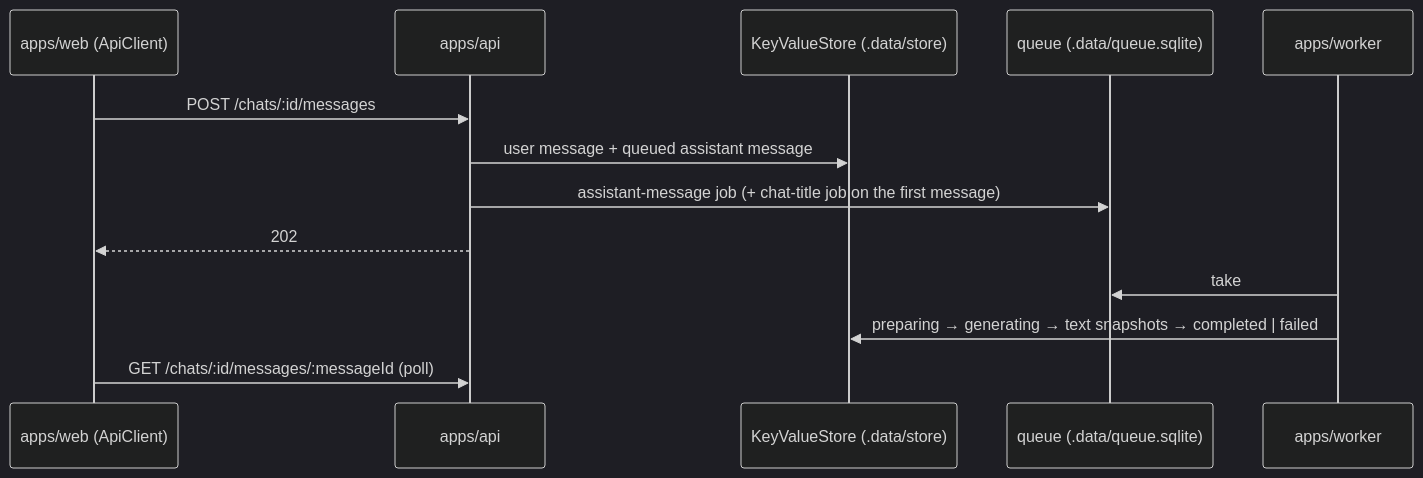
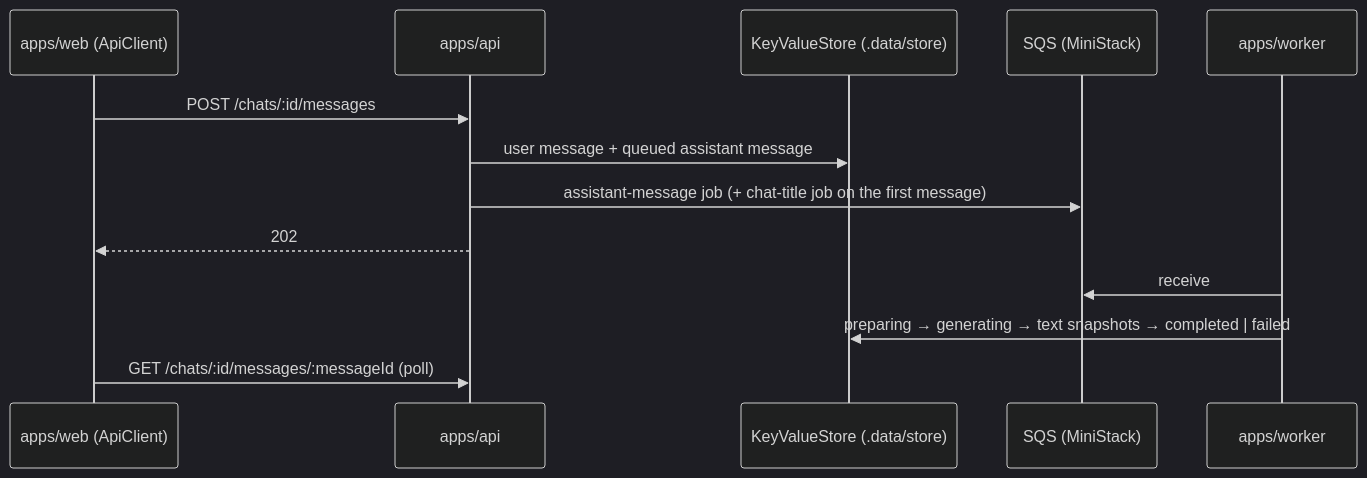
One commit to khotei/app-template changed the diagram in README.md. Above: the diagram before and after it, drawn with Mermaid (dark theme). The commit also changed other lines of this file and 103 other files, not shown here.

First line of the commit message:
:sparkles: feat(aws-local): Attachments in S3 and jobs on SQS via MiniStack

````diff
--- a/README.md
+++ b/README.md
@@ -19,15 +19,15 @@
 ```mermaid
 sequenceDiagram
   participant W as apps/web (ApiClient)
   participant A as apps/api
   participant S as KeyValueStore (.data/store)
-  participant Q as queue (.data/queue.sqlite)
+  participant Q as SQS (MiniStack)
   participant K as apps/worker
   W->>A: POST /chats/:id/messages
   A->>S: user message + queued assistant message
   A->>Q: assistant-message job (+ chat-title job on the first message)
   A-->>W: 202
-  K->>Q: take
+  K->>Q: receive
   K->>S: preparing → generating → text snapshots → completed | failed
   W->>A: GET /chats/:id/messages/:messageId (poll)
 ```
````
